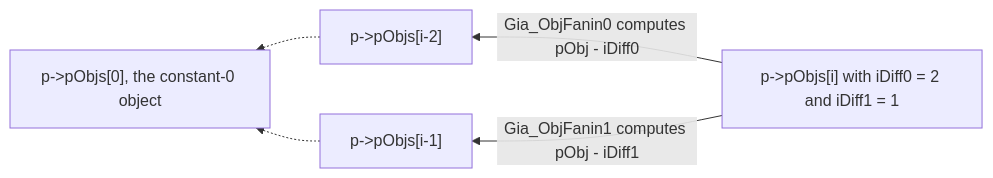
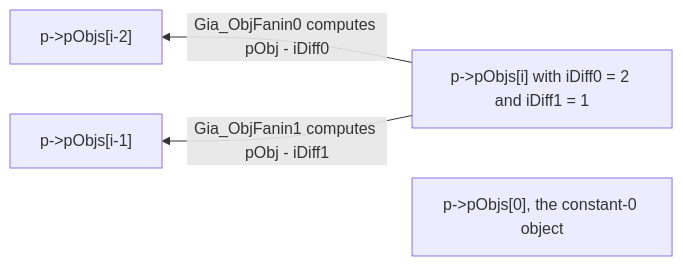
Before and after one commit to blitzy-research/abc: the second of 2 diagrams in src/aig/gia/ENCODING.md, drawn with Mermaid. The commit also changed other lines of this file and 1 other file, not shown here.

````diff
--- a/src/aig/gia/ENCODING.md
+++ b/src/aig/gia/ENCODING.md
@@ -210,11 +237,9 @@
 ```mermaid
 graph RL
     O3["p->pObjs[i] with iDiff0 = 2 and iDiff1 = 1"]
     O2["p->pObjs[i-1]"]
     O1["p->pObjs[i-2]"]
     O0["p->pObjs[0], the constant-0 object"]
     O3 -- "Gia_ObjFanin0 computes pObj - iDiff0" --> O1
     O3 -- "Gia_ObjFanin1 computes pObj - iDiff1" --> O2
-    O1 -.-> O0
-    O2 -.-> O0
 ```
````
